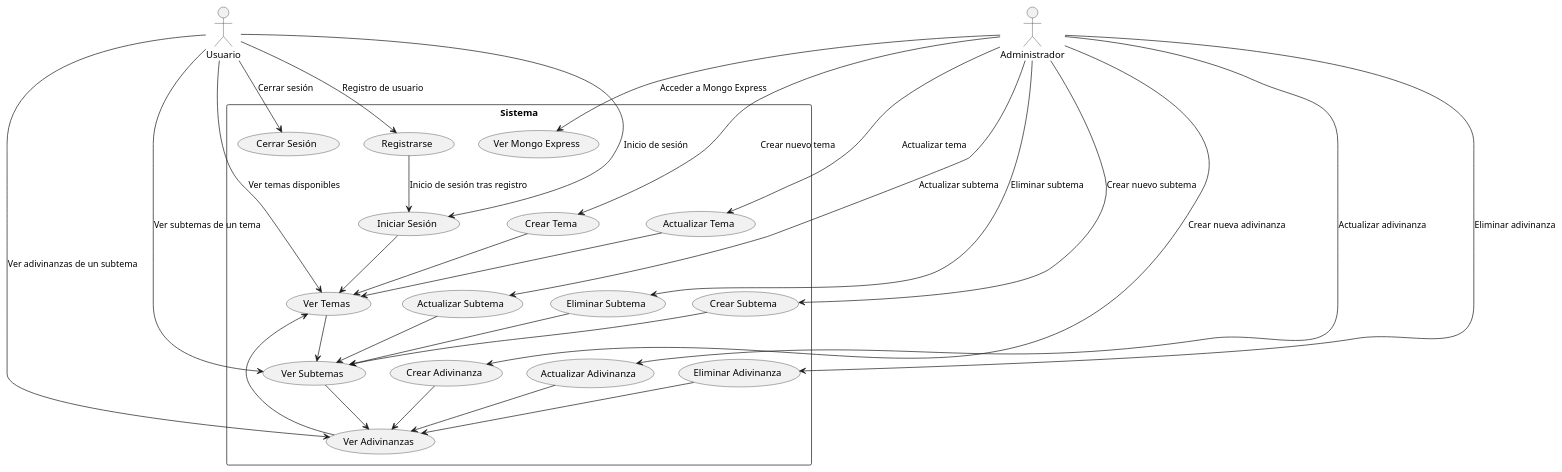
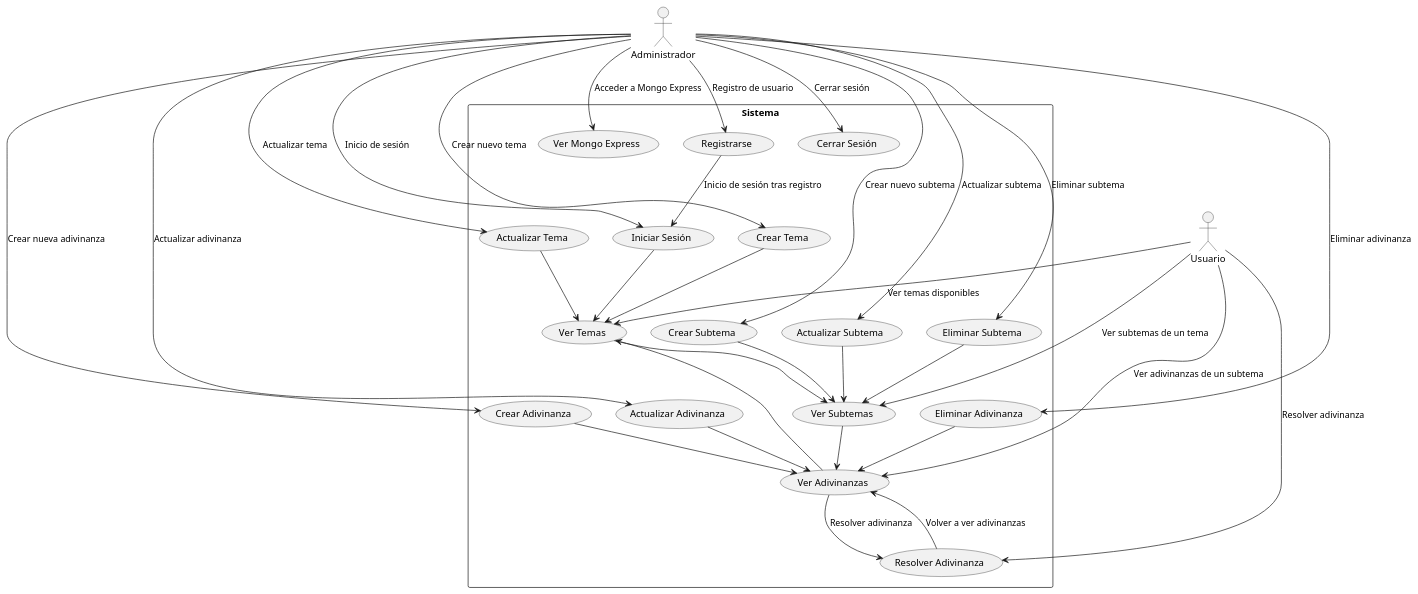
The diagram in docs/caso-de-uso-backend.wsd (cdoaweb/pci-adivimat), drawn with PlantUML before and after one commit. The commit also changed 29 other files, not shown here.

```diff
--- a/docs/caso-de-uso-backend.wsd
+++ b/docs/caso-de-uso-backend.wsd
@@ -1,56 +1,60 @@
 @startuml
 
 actor Usuario as U
 actor Administrador as A
 
 rectangle Sistema {
   (Registrarse) as registrarse
   (Iniciar Sesión) as iniciarSesion
   (Cerrar Sesión) as cerrarSesion
   (Ver Temas) as verTemas
   (Crear Tema) as crearTema
   (Actualizar Tema) as actualizarTema
   (Ver Subtemas) as verSubtemas
   (Crear Subtema) as crearSubtema
   (Actualizar Subtema) as actualizarSubtema
   (Eliminar Subtema) as eliminarSubtema
   (Ver Adivinanzas) as verAdivinanzas
   (Crear Adivinanza) as crearAdivinanza
   (Actualizar Adivinanza) as actualizarAdivinanza
   (Eliminar Adivinanza) as eliminarAdivinanza
+  (Resolver Adivinanza) as resolverAdivinanza
   (Ver Mongo Express) as verMongoExpress
 }
 
-U --> registrarse : "Registro de usuario"
-U --> iniciarSesion : "Inicio de sesión"
-U --> cerrarSesion : "Cerrar sesión"
 U --> verTemas : "Ver temas disponibles"
 U --> verSubtemas : "Ver subtemas de un tema"
 U --> verAdivinanzas : "Ver adivinanzas de un subtema"
+U --> resolverAdivinanza : "Resolver adivinanza"
 
+A --> registrarse : "Registro de usuario"
+A --> iniciarSesion : "Inicio de sesión"
+A --> cerrarSesion : "Cerrar sesión"
 A --> crearTema : "Crear nuevo tema"
 A --> actualizarTema : "Actualizar tema"
 A --> crearSubtema : "Crear nuevo subtema"
 A --> actualizarSubtema : "Actualizar subtema"
 A --> eliminarSubtema : "Eliminar subtema"
 A --> crearAdivinanza : "Crear nueva adivinanza"
 A --> actualizarAdivinanza : "Actualizar adivinanza"
 A --> eliminarAdivinanza : "Eliminar adivinanza"
 A --> verMongoExpress : "Acceder a Mongo Express"
 
 registrarse --> iniciarSesion : "Inicio de sesión tras registro"
 iniciarSesion --> verTemas
 verTemas --> verSubtemas
 verSubtemas --> verAdivinanzas
+verAdivinanzas --> resolverAdivinanza : "Resolver adivinanza"
+resolverAdivinanza --> verAdivinanzas : "Volver a ver adivinanzas"
 verAdivinanzas --> verTemas
 
 crearTema --> verTemas
 actualizarTema --> verTemas
 crearSubtema --> verSubtemas
 actualizarSubtema --> verSubtemas
 eliminarSubtema --> verSubtemas
 crearAdivinanza --> verAdivinanzas
 actualizarAdivinanza --> verAdivinanzas
 eliminarAdivinanza --> verAdivinanzas
 
 @enduml
```
